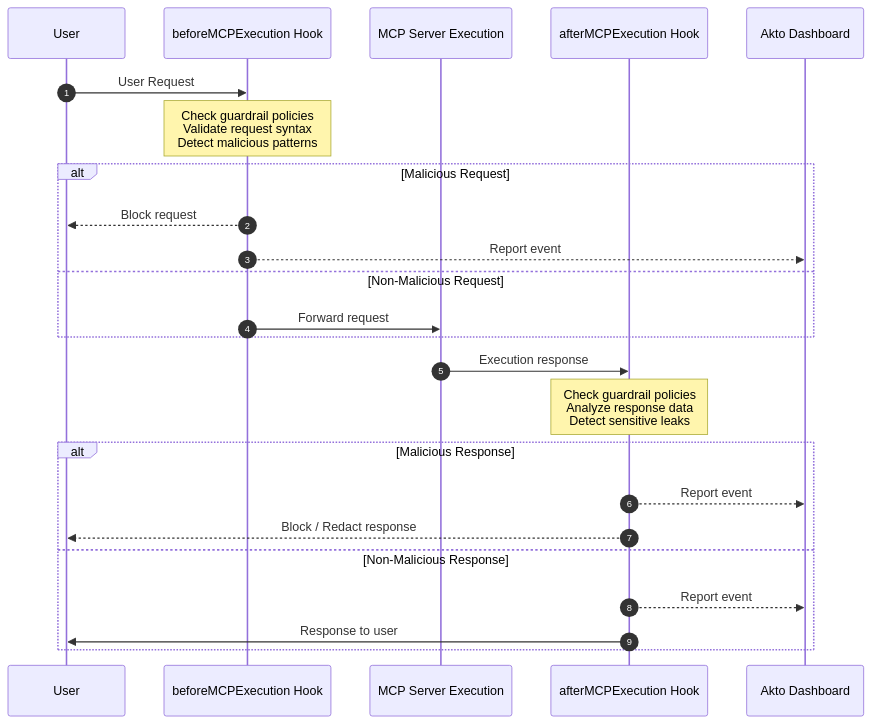
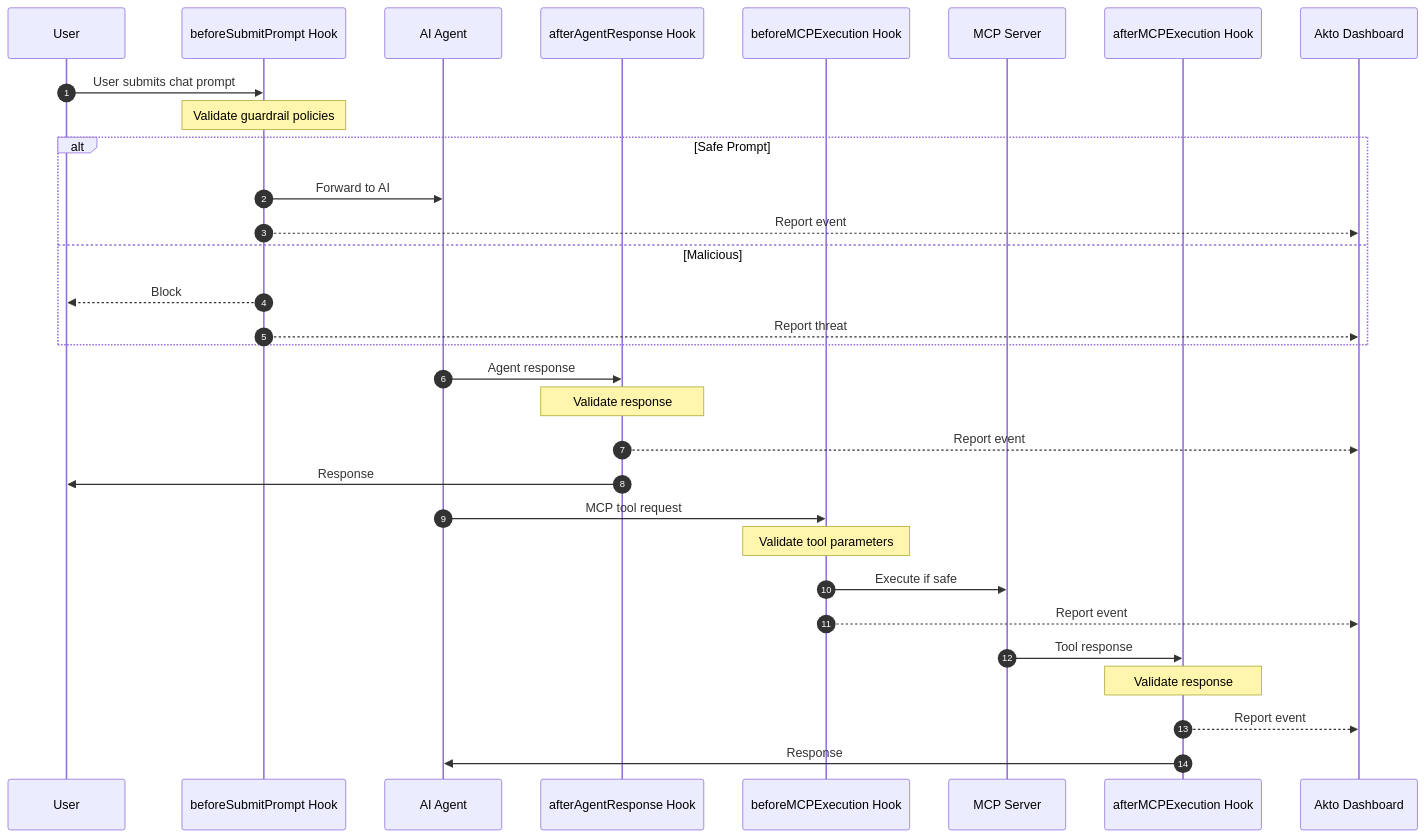
Before and after one commit to akto-api-security/Documentation: the diagram in akto-atlas-agentic-ai-security-for-employee-endpoints/endpoints-discovery-agents/cursor-hooks.md, drawn with Mermaid. The commit also changed other lines of this file and 4 other files, not shown here.

````diff
--- a/akto-atlas-agentic-ai-security-for-employee-endpoints/endpoints-discovery-agents/cursor-hooks.md
+++ b/akto-atlas-agentic-ai-security-for-employee-endpoints/endpoints-discovery-agents/cursor-hooks.md
@@ -18,43 +18,37 @@
 ```mermaid
 sequenceDiagram
     autonumber
-
     participant User
-    participant BeforeHook as beforeMCPExecution Hook
-    participant MCP as MCP Server Execution
-    participant AfterHook as afterMCPExecution Hook
+    participant ChatHook as beforeSubmitPrompt Hook
+    participant Agent as AI Agent
+    participant ChatResponseHook as afterAgentResponse Hook
+    participant MCPBeforeHook as beforeMCPExecution Hook
+    participant MCP as MCP Server
+    participant MCPAfterHook as afterMCPExecution Hook
     participant Akto as Akto Dashboard
 
-    %% -------------------------
-    %% Request Processing Phase
-    %% -------------------------
-    User->>BeforeHook: User Request
-
-    Note over BeforeHook: Check guardrail policies<br/>Validate request syntax<br/>Detect malicious patterns
-
-    alt Malicious Request
-        BeforeHook-->>User: Block request
-        BeforeHook-->>Akto: Report event
-    else Non-Malicious Request
-        BeforeHook->>MCP: Forward request
+    User->>ChatHook: User submits chat prompt
+    Note over ChatHook: Validate guardrail policies
+    alt Safe Prompt
+        ChatHook->>Agent: Forward to AI
+        ChatHook-->>Akto: Report event
+    else Malicious
+        ChatHook-->>User: Block
+        ChatHook-->>Akto: Report threat
     end
 
-    %% -------------------------
-    %% MCP Execution Phase
-    %% -------------------------
-    MCP->>AfterHook: Execution response
+    Agent->>ChatResponseHook: Agent response
+    Note over ChatResponseHook: Validate response
+    ChatResponseHook-->>Akto: Report event
+    ChatResponseHook->>User: Response
 
-    Note over AfterHook: Check guardrail policies<br/>Analyze response data<br/>Detect sensitive leaks
+    Agent->>MCPBeforeHook: MCP tool request
+    Note over MCPBeforeHook: Validate tool parameters
+    MCPBeforeHook->>MCP: Execute if safe
+    MCPBeforeHook-->>Akto: Report event
 
-    %% -------------------------
-    %% Response Processing Phase
-    %% -------------------------
-    alt Malicious Response
-        AfterHook-->>Akto: Report event
-        AfterHook-->>User: Block / Redact response
-    else Non-Malicious Response
-        AfterHook-->>Akto: Report event
-        AfterHook->>User: Response to user
-    end
-
+    MCP->>MCPAfterHook: Tool response
+    Note over MCPAfterHook: Validate response
+    MCPAfterHook-->>Akto: Report event
+    MCPAfterHook->>Agent: Response
 ```
````
